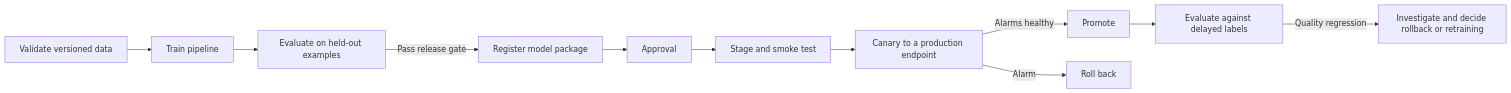
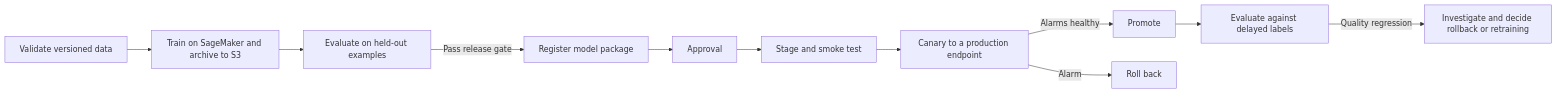
One commit to rav94/sagemaker-ai-signal-to-action-workshop changed the diagram in docs/mlops.md. Above: the diagram before and after it, drawn with Mermaid. The commit also changed other lines of this file and 18 other files, not shown here.

Commit message:
Document SageMaker training and artifact handoff

````diff
--- a/docs/mlops.md
+++ b/docs/mlops.md
@@ -3,13 +3,13 @@
 ```mermaid
 flowchart LR
-    A[Validate versioned data] --> B[Train pipeline]
+    A[Validate versioned data] --> B[Train on SageMaker and archive to S3]
     B --> C[Evaluate on held-out examples]
     C -->|Pass release gate| D[Register model package]
     D --> E[Approval]
     E --> F[Stage and smoke test]
     F --> G[Canary to a production endpoint]
     G -->|Alarms healthy| H[Promote]
     G -->|Alarm| I[Roll back]
     H --> J[Evaluate against delayed labels]
     J -->|Quality regression| K[Investigate and decide rollback or retraining]
 ```
````
